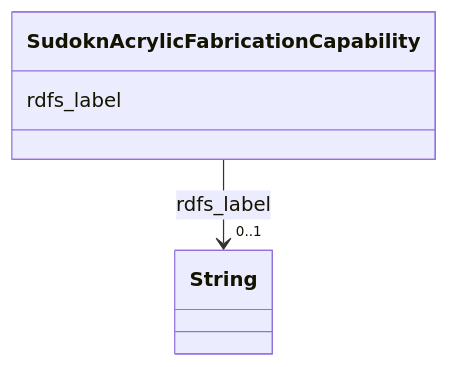
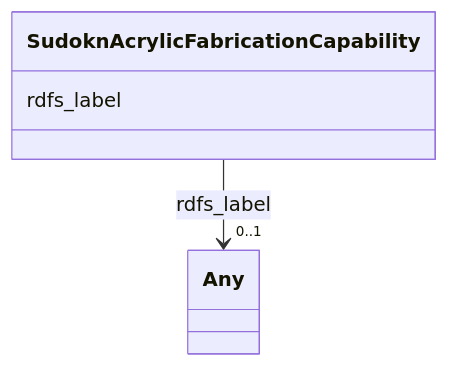
Before and after one commit to frink-okn/graph-descriptions: the diagram in sudokn-kg/classes/SudoknAcrylicFabricationCapability.md, drawn with Mermaid. The commit also changed other lines of this file and 903 other files, not shown here.

````diff
--- a/sudokn-kg/classes/SudoknAcrylicFabricationCapability.md
+++ b/sudokn-kg/classes/SudoknAcrylicFabricationCapability.md
@@ -23,15 +18,15 @@
 ```mermaid
  classDiagram
     class SudoknAcrylicFabricationCapability
     click SudoknAcrylicFabricationCapability href "../SudoknAcrylicFabricationCapability"
       SudoknAcrylicFabricationCapability : rdfs_label
         
           
     
     
-    SudoknAcrylicFabricationCapability --> "0..1" String : rdfs_label
-    click String href "../String"
+    SudoknAcrylicFabricationCapability --> "0..1" Any : rdfs_label
+    click Any href "../Any"
 
         
       
 ```
````
